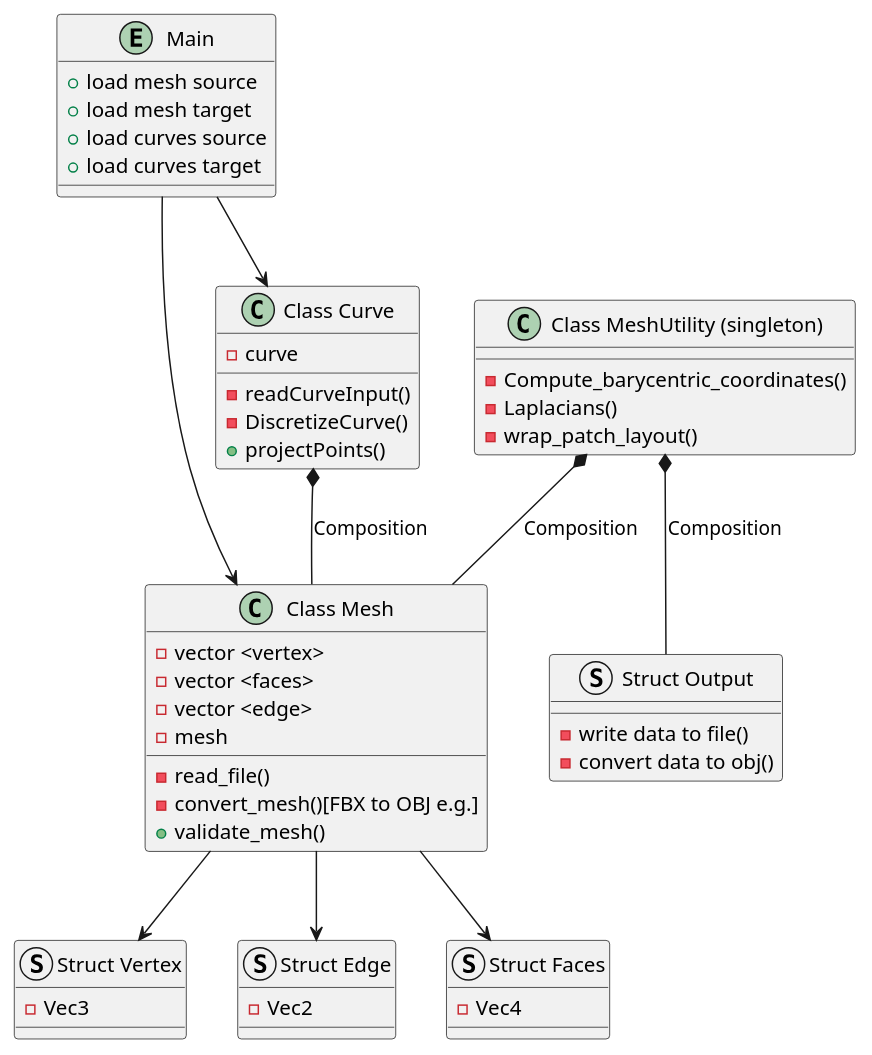
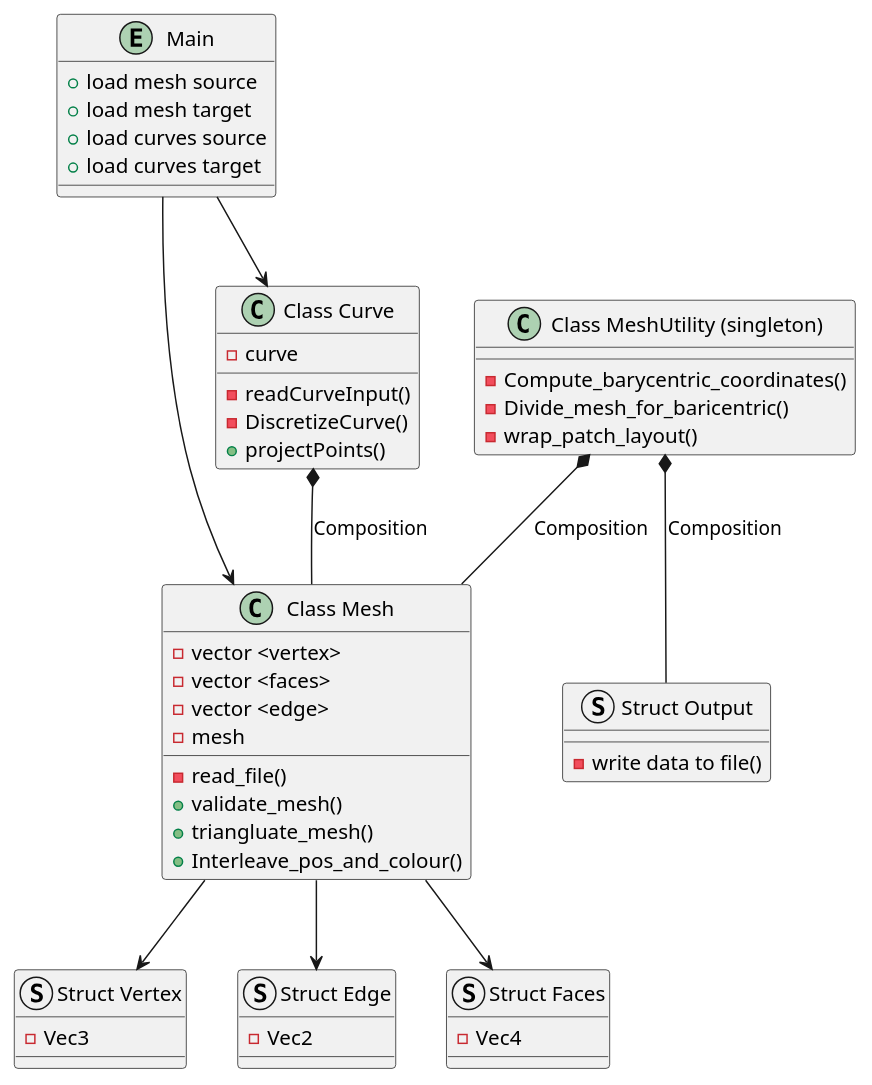
The diagram in class_diagram/class_diagram.puml (Robijn98/TopologyTransferTool), drawn with PlantUML before and after one commit. The commit also changed 1 other file, not shown here.

Commit message:
update diagram

```diff
--- a/class_diagram/class_diagram.puml
+++ b/class_diagram/class_diagram.puml
@@ -1,60 +1,61 @@
 @startuml Wrapper
 
 entity "Main" {
     + load mesh source
     + load mesh target
     + load curves source
     + load curves target
 }
 
 class "Class Mesh" {
     - vector <vertex>
     - vector <faces>
     - vector <edge>
     - mesh
     - read_file()
-    - convert_mesh()[FBX to OBJ e.g.]
     + validate_mesh()
+    + triangluate_mesh()
+    + Interleave_pos_and_colour()
+
 }
 
 class "Class Curve" {
     - curve
     - readCurveInput()
     - DiscretizeCurve()
     + projectPoints()
 }
 
 class "Class MeshUtility (singleton)" {
     - Compute_barycentric_coordinates()
-    - Laplacians()
+    - Divide_mesh_for_baricentric()
     - wrap_patch_layout()
 }
 
 struct "Struct Vertex" {
     - Vec3
 }
 
 struct "Struct Edge" {
     - Vec2
 }
 
 struct "Struct Faces" {
     - Vec4
 }
 
 struct "Struct Output" {
     - write data to file()
-    - convert data to obj()
 }
 
 ' Relationships
 "Main" --> "Class Mesh" 
 "Main" --> "Class Curve"
 "Class Curve" *-- "Class Mesh" : Composition
 "Class MeshUtility (singleton)" *-- "Class Mesh" : Composition
 "Class MeshUtility (singleton)" *-- "Struct Output" : Composition
 "Class Mesh" --> "Struct Vertex"
 "Class Mesh" --> "Struct Edge"
 "Class Mesh" --> "Struct Faces"
 
 @enduml
```
